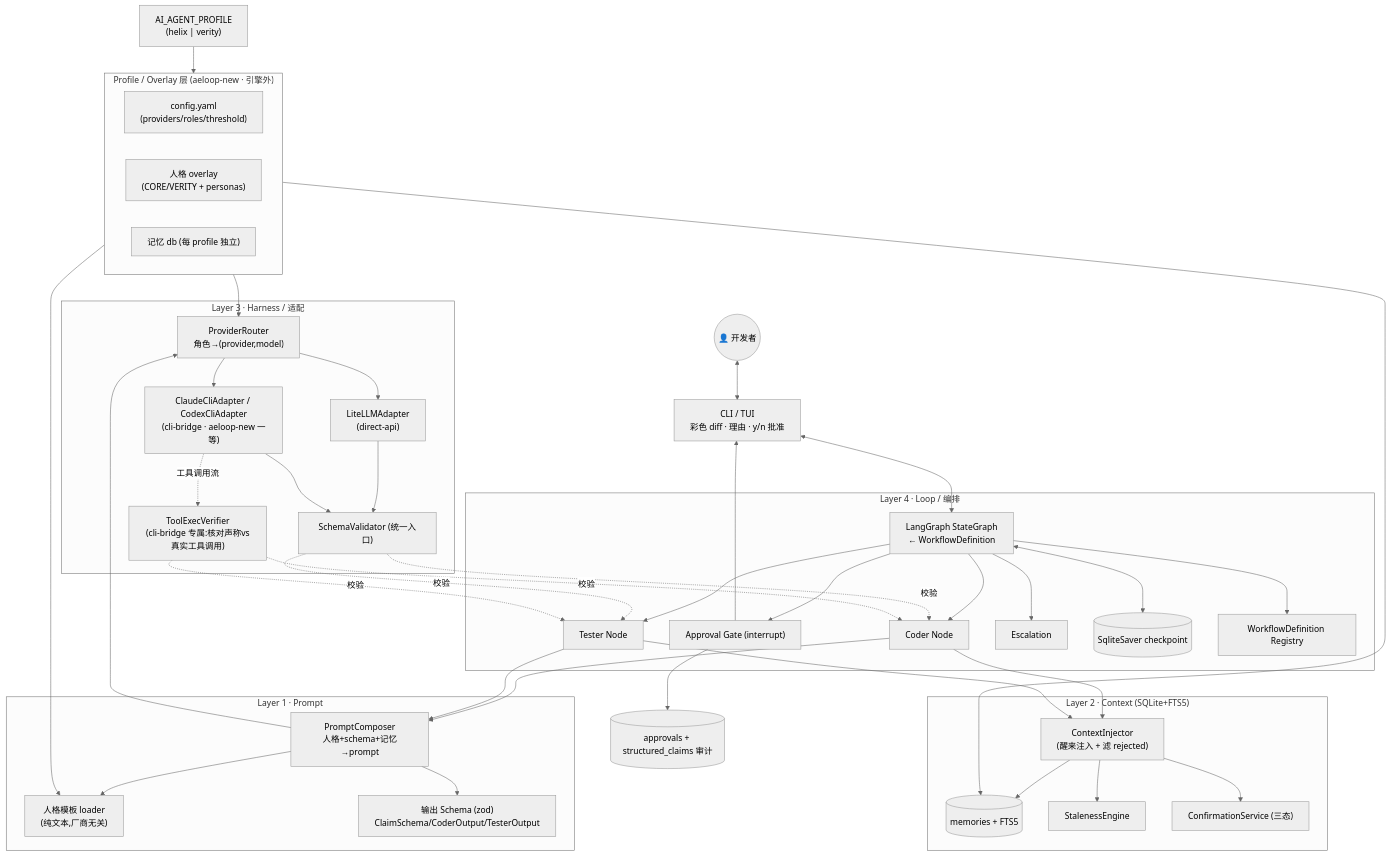
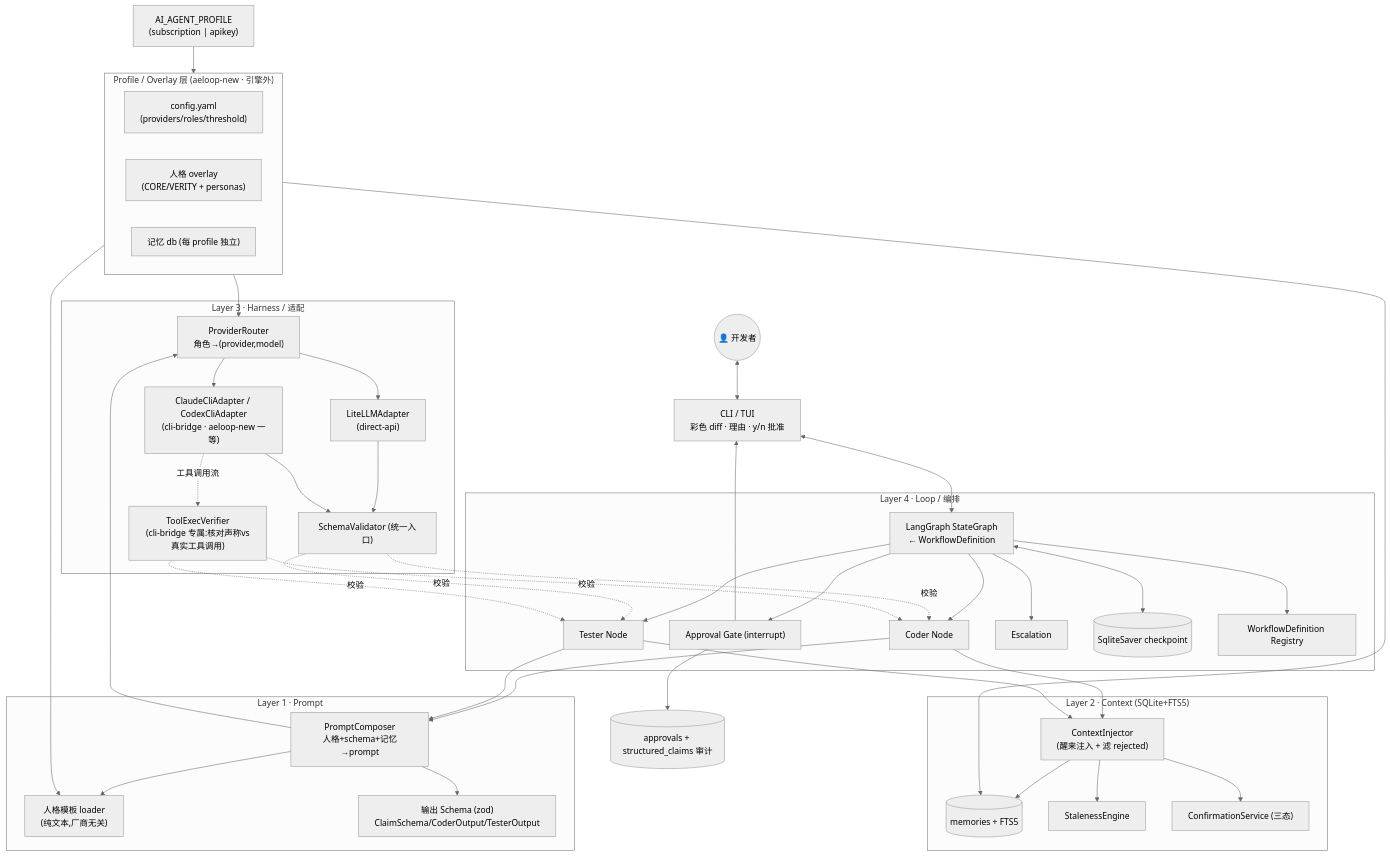
One commit to elishawong/aeloop changed the first of 6 diagrams in docs/DESIGN.md. Above: the diagram before and after it, drawn with Mermaid (neutral theme). The commit also changed other lines of this file and 22 other files, not shown here.

First line of the commit message:
refactor: profile helix/verity → subscription/apikey

````diff
--- a/docs/DESIGN.md
+++ b/docs/DESIGN.md
@@ -27,55 +27,55 @@
 ```mermaid
 flowchart TB
     DEV(("👤 开发者"))
-    PROF["AI_AGENT_PROFILE\n(helix | verity)"]
+    PROF["AI_AGENT_PROFILE\n(subscription | apikey)"]
     UI["CLI / TUI\n彩色 diff · 理由 · y/n 批准"]
 
     subgraph OVL["Profile / Overlay 层 (aeloop-new · 引擎外)"]
         OV1["config.yaml\n(providers/roles/threshold)"]
         OV2["人格 overlay\n(CORE/VERITY + personas)"]
         OV3["记忆 db (每 profile 独立)"]
     end
 
     subgraph L1["Layer 1 · Prompt"]
         P1["人格模板 loader\n(纯文本,厂商无关)"]
         P2["输出 Schema (zod)\nClaimSchema/CoderOutput/TesterOutput"]
         P3["PromptComposer\n人格+schema+记忆→prompt"]
     end
     subgraph L2["Layer 2 · Context (SQLite+FTS5)"]
         M1[("memories + FTS5")]
         M2["StalenessEngine"]
         M3["ConfirmationService (三态)"]
         M4["ContextInjector\n(醒来注入 + 滤 rejected)"]
     end
     subgraph L3["Layer 3 · Harness / 适配"]
         H1["ProviderRouter\n角色→(provider,model)"]
         H2["LiteLLMAdapter\n(direct-api)"]
         H3["ClaudeCliAdapter / CodexCliAdapter\n(cli-bridge · aeloop-new 一等)"]
         H5["SchemaValidator (统一入口)"]
         H6["ToolExecVerifier\n(cli-bridge 专属:核对声称vs真实工具调用)"]
     end
     subgraph L4["Layer 4 · Loop / 编排"]
         O1["LangGraph StateGraph\n← WorkflowDefinition"]
         O2["Coder Node"]
         O3["Tester Node"]
         O4["Approval Gate (interrupt)"]
         O5["Escalation"]
         O6[("SqliteSaver checkpoint")]
         O7["WorkflowDefinition Registry"]
     end
     AUDIT[("approvals + structured_claims 审计")]
 
     DEV<-->UI<-->O1
     PROF-->OVL
     OVL-->P1 & H1 & M1
     O1-->O2 & O3 & O4 & O5
     O2 & O3-->P3-->P1 & P2 & H1
     H1-->H2 & H3
     H2 & H3-->H5
     H3-.工具调用流.->H6
     H5 & H6-.校验.->O2 & O3
     O2 & O3-->M4-->M1 & M2 & M3
     O1<-->O6
     O1-->O7
     O4-->UI & AUDIT
 ```
````
